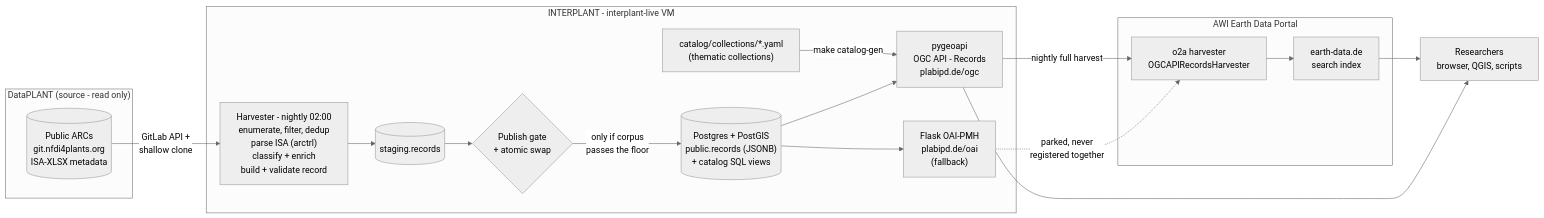
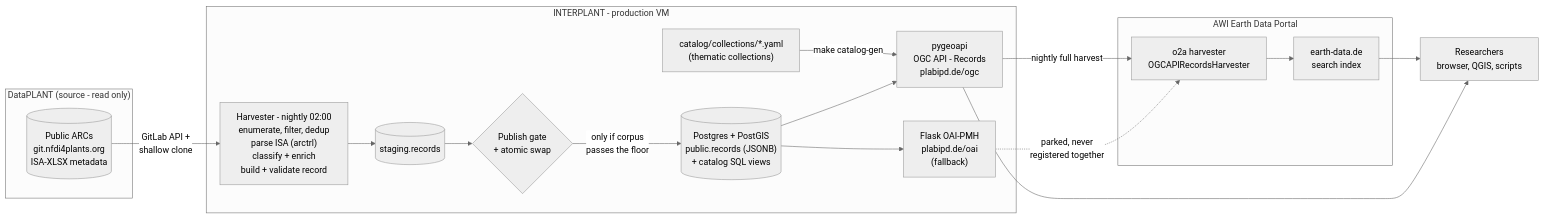
Before and after one commit to nfdi4plants/INTERPLANT: the diagram in README.md, drawn with Mermaid (neutral theme). The commit also changed other lines of this file and 9 other files, not shown here.

````diff
--- a/README.md
+++ b/README.md
@@ -24,29 +24,29 @@
 ```mermaid
 flowchart LR
     subgraph DP["DataPLANT (source - read only)"]
         ARCs[("Public ARCs<br/>git.nfdi4plants.org<br/>ISA-XLSX metadata")]
     end
-    subgraph VM["INTERPLANT - interplant-live VM"]
+    subgraph VM["INTERPLANT - production VM"]
         H["Harvester - nightly 02:00<br/>enumerate, filter, dedup<br/>parse ISA (arctrl)<br/>classify + enrich<br/>build + validate record"]
         S[("staging.records")]
         G{"Publish gate<br/>+ atomic swap"}
         P[("Postgres + PostGIS<br/>public.records (JSONB)<br/>+ catalog SQL views")]
         Y["catalog/collections/*.yaml<br/>(thematic collections)"]
         OGC["pygeoapi<br/>OGC API - Records<br/>plabipd.de/ogc"]
         OAI["Flask OAI-PMH<br/>plabipd.de/oai<br/>(fallback)"]
     end
     subgraph AWI["AWI Earth Data Portal"]
         AH["o2a harvester<br/>OGCAPIRecordsHarvester"]
         EDP["earth-data.de<br/>search index"]
     end
     U["Researchers<br/>browser, QGIS, scripts"]
     ARCs -->|"GitLab API +<br/>shallow clone"| H
     H --> S --> G -->|"only if corpus<br/>passes the floor"| P
     Y -->|"make catalog-gen"| OGC
     P --> OGC
     P --> OAI
     OGC -->|"nightly full harvest"| AH
     OAI -.->|"parked, never<br/>registered together"| AH
     AH --> EDP --> U
     OGC --> U
 ```
````
